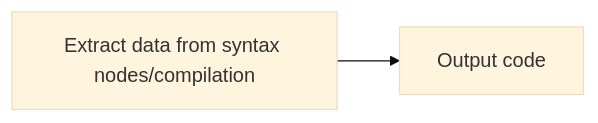
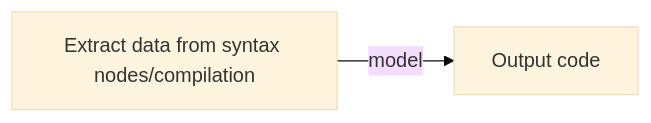
Before and after one commit to KathleenDollard/incremental-samples: the sixth of 7 diagrams in docs/overview.md, drawn with Mermaid (base theme). The commit also changed other lines of this file and 15 other files, not shown here.

````diff
--- a/docs/overview.md
+++ b/docs/overview.md
@@ -109,4 +117,4 @@
 ```mermaid
 flowchart LR
-    Extract[Extract data from syntax nodes/compilation]-->Generate[Output code]
+    Extract[Extract data from syntax nodes/compilation]-->|model|Generate[Output code]
 ```
````
